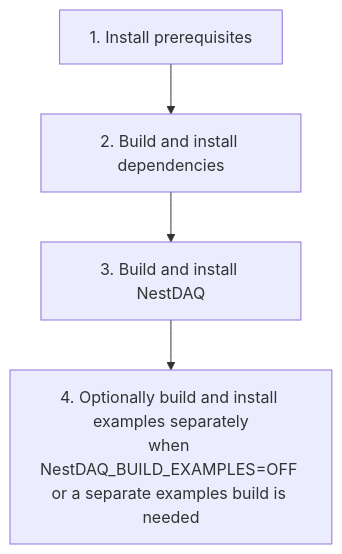
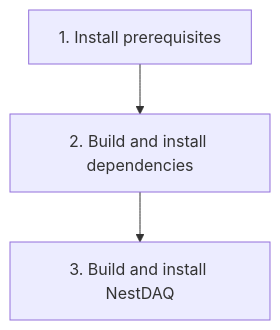
Before and after one commit to tntakahashi/nestdaq: the diagram in INSTALL.md, drawn with Mermaid. The commit also changed other lines of this file and 1 other file, not shown here.

Commit message:
docs: consolidate example build instructions

````diff
--- a/INSTALL.md
+++ b/INSTALL.md
@@ -7,9 +7,8 @@
 ```mermaid
 flowchart TD
   Prerequisites[1. Install prerequisites]
   Dependencies[2. Build and install dependencies]
   NestDAQ[3. Build and install NestDAQ]
-  Examples[4. Optionally build and install examples separately<br/>when NestDAQ_BUILD_EXAMPLES=OFF or a separate examples build is needed]
 
-  Prerequisites --> Dependencies --> NestDAQ --> Examples
+  Prerequisites --> Dependencies --> NestDAQ
 ```
````
